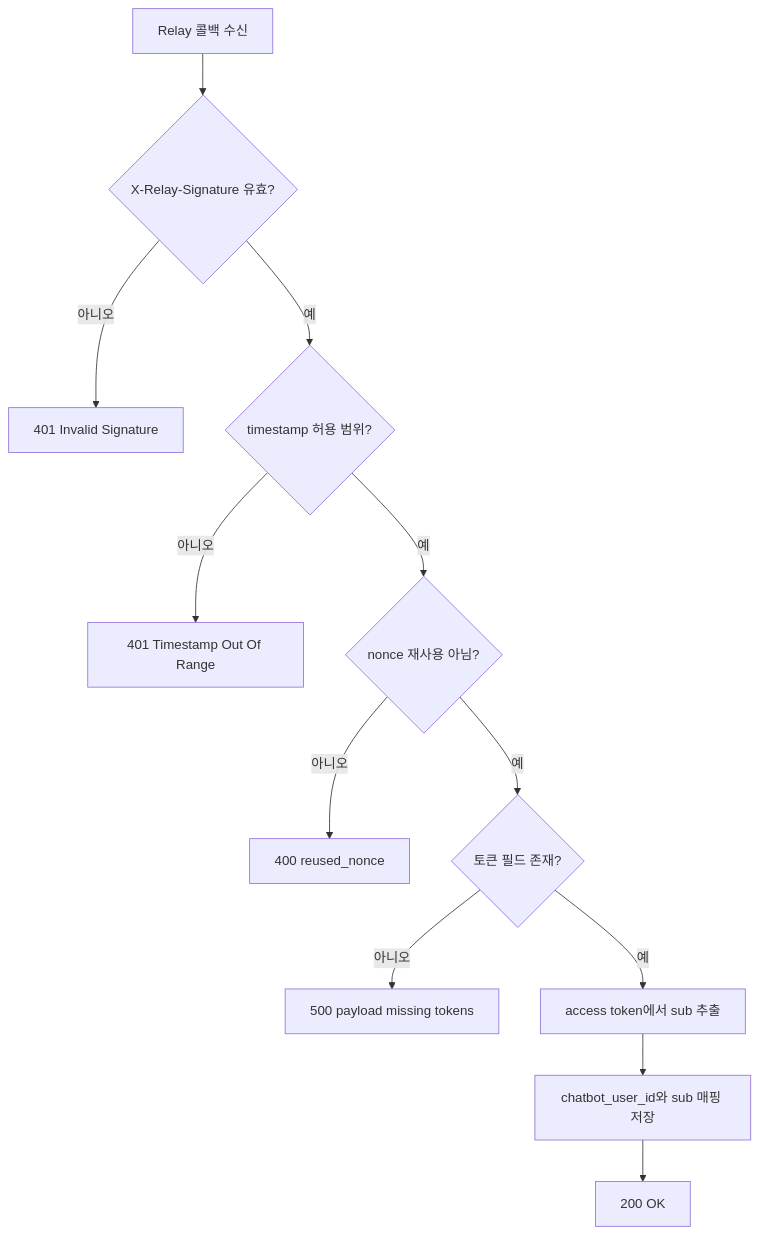
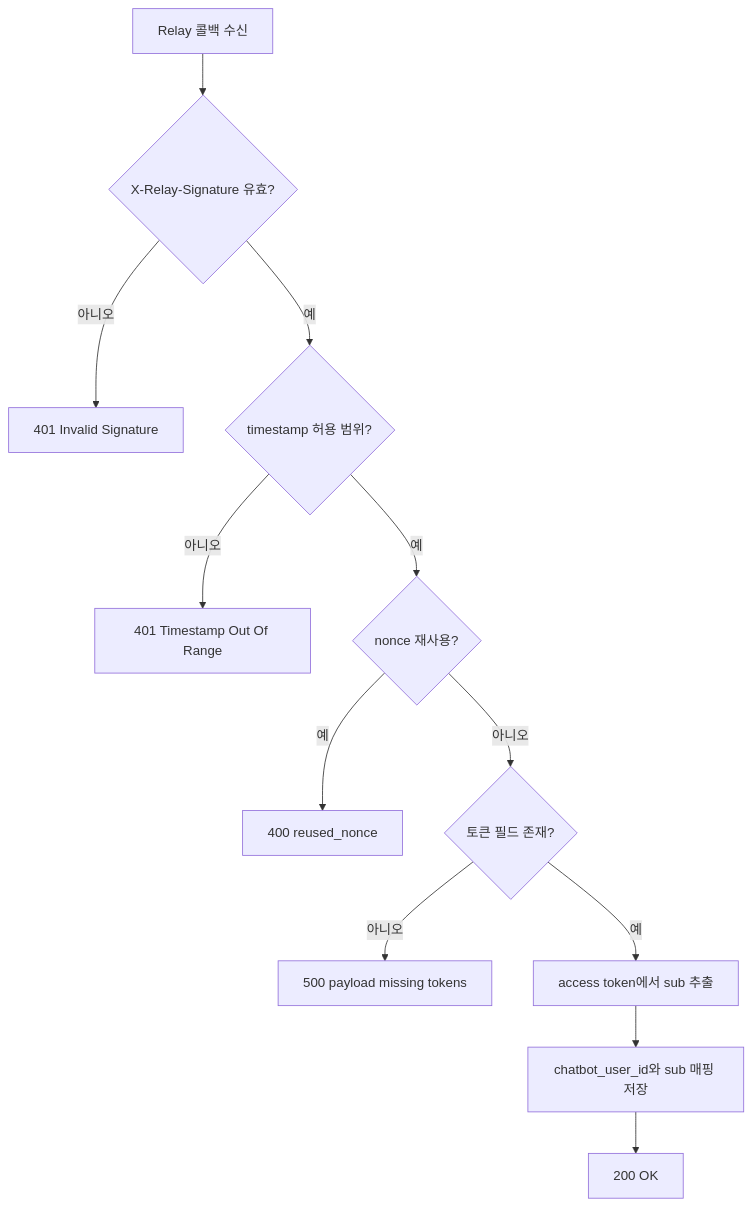
The second of 3 diagrams in docs/auth-chatbot-auth-relay.md (teamSANDOL/tuk_sandol_team), drawn with Mermaid before and after one commit.

Commit message:
fix: nonce 재사용 조건 및 오류 메시지 수정

````diff
--- a/docs/auth-chatbot-auth-relay.md
+++ b/docs/auth-chatbot-auth-relay.md
@@ -249,14 +249,14 @@
 ```mermaid
 flowchart TD
     A[Relay 콜백 수신] --> B{X-Relay-Signature 유효?}
     B -- 아니오 --> E1[401 Invalid Signature]
     B -- 예 --> C{timestamp 허용 범위?}
     C -- 아니오 --> E2[401 Timestamp Out Of Range]
-    C -- 예 --> D{nonce 재사용 아님?}
-    D -- 아니오 --> E3[400 reused_nonce]
-    D -- 예 --> F{토큰 필드 존재?}
+    C -- 예 --> D{nonce 재사용?}
+    D -- 예 --> E3[400 reused_nonce]
+    D -- 아니오 --> F{토큰 필드 존재?}
     F -- 아니오 --> E4[500 payload missing tokens]
     F -- 예 --> G[access token에서 sub 추출]
     G --> H[chatbot_user_id와 sub 매핑 저장]
     H --> OK[200 OK]
 ```
````
